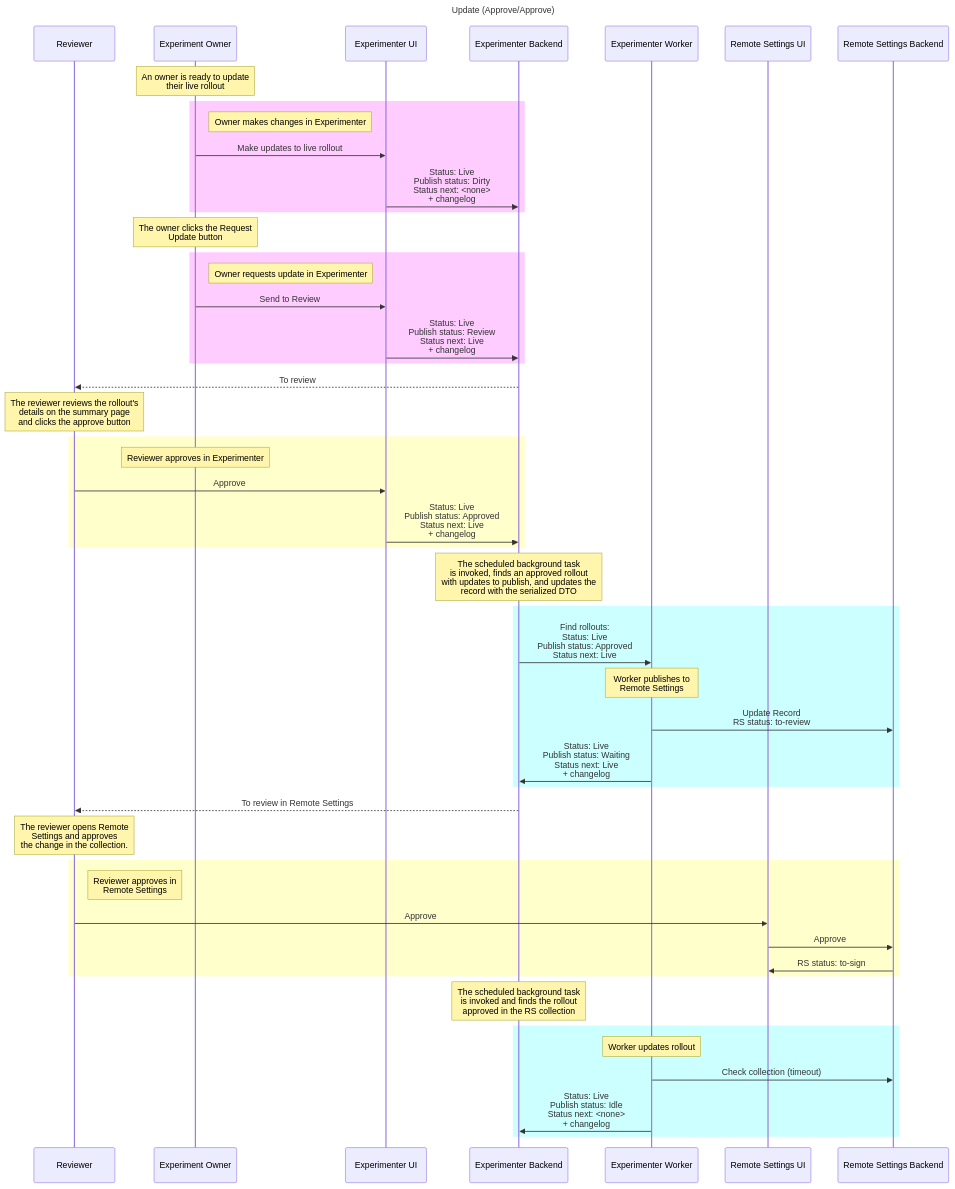
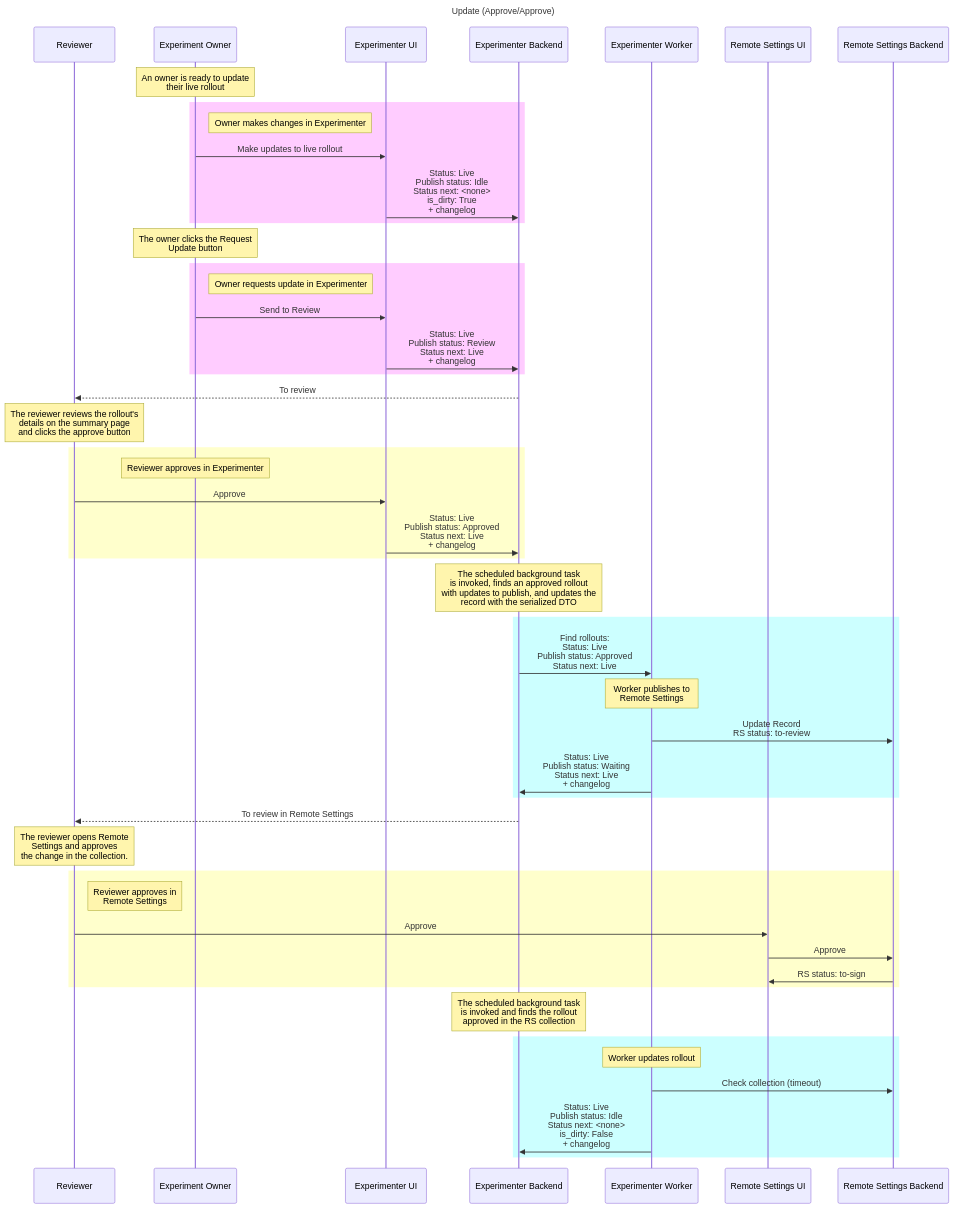
One commit to mozilla/experimenter changed the eighth of 22 diagrams in docs/experimenter/README.md. Above: the diagram before and after it, drawn with Mermaid. The commit also changed other lines of this file, not shown here.

Commit message:
For #8559 docs(nimbus): Update sequence diagrams to use is_dirty flag instead of dirty publish status

````diff
--- a/docs/experimenter/README.md
+++ b/docs/experimenter/README.md
@@ -458,65 +457,65 @@
 ```mermaid
   sequenceDiagram
     participant Reviewer
     participant Experiment Owner
     participant Experimenter UI
     participant Experimenter Backend
     participant Experimenter Worker
     participant Remote Settings UI
     participant Remote Settings Backend
     title Update (Approve/Approve)
     
     Note over Experiment Owner: An owner is ready to update <br/> their live rollout
     
     rect rgb(255,204,255) 
         Note right of Experiment Owner: Owner makes changes in Experimenter
         Experiment Owner->>Experimenter UI: Make updates to live rollout
-        Experimenter UI->>Experimenter Backend: Status: Live <br/> Publish status: Dirty <br/> Status next: <none> <br/> + changelog
+        Experimenter UI->>Experimenter Backend: Status: Live <br/> Publish status: Idle <br/> Status next: <none> <br/> is_dirty: True <br/> + changelog
     end 
 
     Note over Experiment Owner: The owner clicks the Request <br/> Update button
     
     rect rgb(255,204,255) 
         Note right of Experiment Owner: Owner requests update in Experimenter
         Experiment Owner->>Experimenter UI: Send to Review
         Experimenter UI->>Experimenter Backend: Status: Live <br/> Publish status: Review <br/> Status next: Live <br/> + changelog
     end 
     
     Experimenter Backend-->>Reviewer: To review
     Note over Reviewer: The reviewer reviews the rollout's <br/> details on the summary page <br/> and clicks the approve button
     
 
     rect rgb(255,255,204) 
         Note over Experiment Owner: Reviewer approves in Experimenter
         Reviewer->>Experimenter UI: Approve
         Experimenter UI->>Experimenter Backend: Status: Live <br/> Publish status: Approved <br/> Status next: Live <br/> + changelog
     end 
  
     Note over Experimenter Backend: The scheduled background task <br/> is invoked, finds an approved rollout <br/> with updates to publish, and updates the <br/> record with the serialized DTO
     
     rect rgb(204,255,255) 
         Experimenter Backend->>Experimenter Worker: Find rollouts: <br/> Status: Live <br/> Publish status: Approved <br/> Status next: Live
         Note over Experimenter Worker: Worker publishes to <br/>Remote Settings
         Experimenter Worker->>Remote Settings Backend: Update Record <br/> RS status: to-review
         Experimenter Worker->>Experimenter Backend: Status: Live <br/> Publish status: Waiting <br/> Status next: Live <br/> + changelog
     end 
 
     Experimenter Backend-->>Reviewer: To review in Remote Settings
     
     Note over Reviewer: The reviewer opens Remote <br/> Settings and approves <br/> the change in the collection.
 
     rect rgb(255,255,204) 
         Note right of Reviewer: Reviewer approves in <br/>Remote Settings
         Reviewer->>Remote Settings UI: Approve
         Remote Settings UI->>Remote Settings Backend: Approve
         Remote Settings Backend->>Remote Settings UI: RS status: to-sign
     end 
 
     Note over Experimenter Backend: The scheduled background task <br/> is invoked and finds the rollout <br/>approved in the RS collection
 
     rect rgb(204,255,255) 
         Note over Experimenter Worker: Worker updates rollout
         Experimenter Worker->>Remote Settings Backend: Check collection (timeout)
-        Experimenter Worker->>Experimenter Backend:  Status: Live <br/> Publish status: Idle <br/> Status next: <none> <br/> + changelog
+        Experimenter Worker->>Experimenter Backend:  Status: Live <br/> Publish status: Idle <br/> Status next: <none> <br/> is_dirty: False <br/> + changelog
     end 
 ```
````
